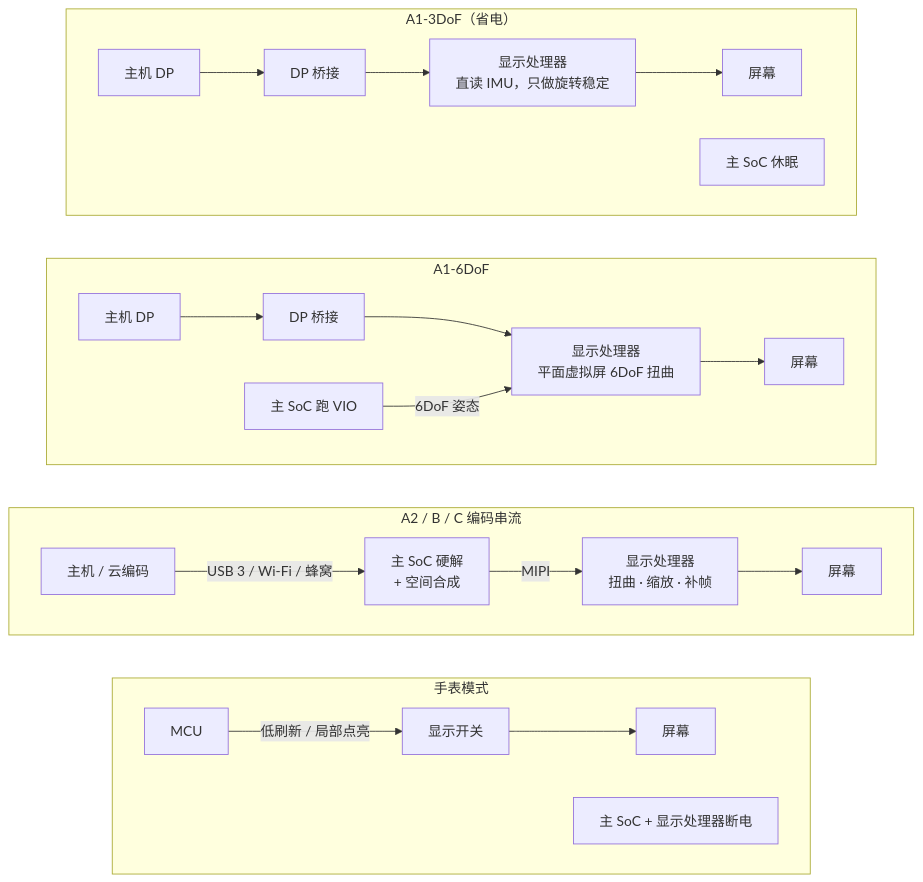
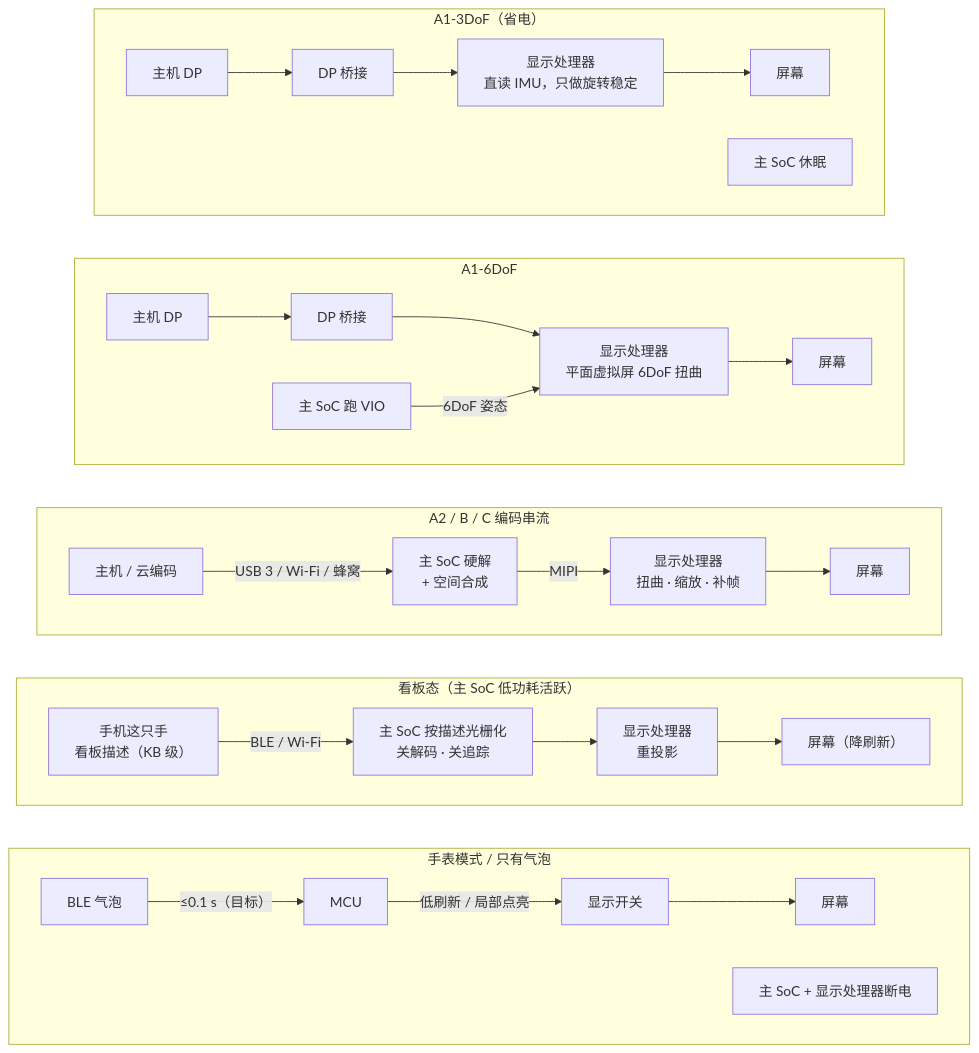
One commit to jodancain/independent-cellular-ai-glasses changed the fourth of 10 diagrams in docs/system-architecture.md. Above: the diagram before and after it, drawn with Mermaid. The commit also changed other lines of this file and 15 other files, not shown here.

First line of the commit message:
框图、宣传片与网站全部按脑 / 小脑 / 手更新

````diff
--- a/docs/system-architecture.md
+++ b/docs/system-architecture.md
@@ -167,25 +182,30 @@
 ```mermaid
 flowchart TB
   subgraph A1_3["A1-3DoF（省电）"]
     direction LR
     a1["主机 DP"] --> a2["DP 桥接"] --> a3["显示处理器<br/>直读 IMU，只做旋转稳定"] --> a4["屏幕"]
     a5["主 SoC 休眠"]
   end
   subgraph A1_6["A1-6DoF"]
     direction LR
     b1["主机 DP"] --> b2["DP 桥接"] --> b3["显示处理器<br/>平面虚拟屏 6DoF 扭曲"] --> b4["屏幕"]
     b5["主 SoC 跑 VIO"] -- 6DoF 姿态 --> b3
   end
   subgraph ENC["A2 / B / C 编码串流"]
     direction LR
     c1["主机 / 云编码"] -- "USB 3 / Wi-Fi / 蜂窝" --> c2["主 SoC 硬解<br/>+ 空间合成"] -- MIPI --> c3["显示处理器<br/>扭曲 · 缩放 · 补帧"] --> c4["屏幕"]
   end
-  subgraph WATCH["手表模式"]
+  subgraph BOARD["看板态（主 SoC 低功耗活跃）"]
     direction LR
-    d1["MCU"] -- "低刷新 / 局部点亮" --> d2["显示开关"] --> d3["屏幕"]
+    k1["手机这只手<br/>看板描述（KB 级）"] -- "BLE / Wi-Fi" --> k2["主 SoC 按描述光栅化<br/>关解码 · 关追踪"] --> k3["显示处理器<br/>重投影"] --> k4["屏幕（降刷新）"]
+  end
+  subgraph WATCH["手表模式 / 只有气泡"]
+    direction LR
+    d0["BLE 气泡"] -- "≤0.1 s（目标）" --> d1["MCU"] -- "低刷新 / 局部点亮" --> d2["显示开关"] --> d3["屏幕"]
     d4["主 SoC + 显示处理器断电"]
   end
   A1_3 ~~~ A1_6
   A1_6 ~~~ ENC
-  ENC ~~~ WATCH
+  ENC ~~~ BOARD
+  BOARD ~~~ WATCH
 ```
````
